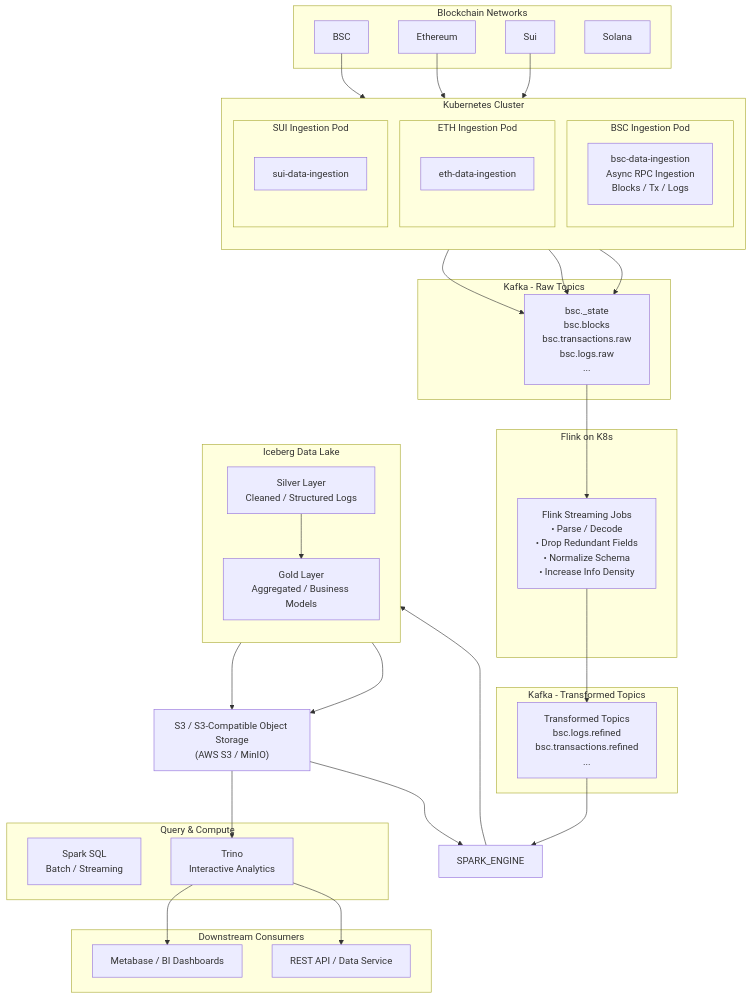
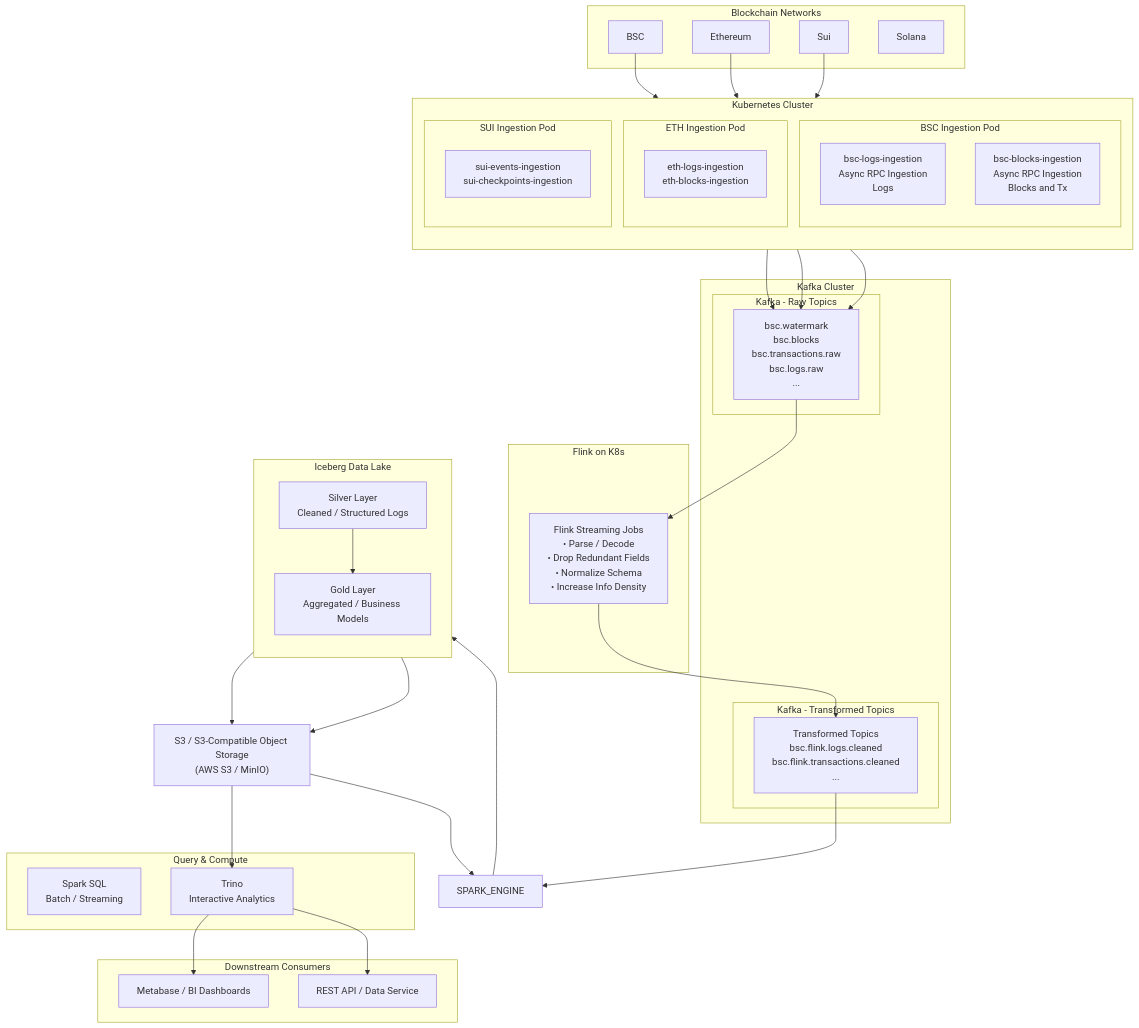
One commit to shannon1989/data-platform-k8s changed the diagram in docs/ingestion/overview.md. Above: the diagram before and after it, drawn with Mermaid. The commit also changed 6 other files, not shown here.

Commit message:
bug fix for blocks ingestion

```diff
--- a/docs/ingestion/overview.md
+++ b/docs/ingestion/overview.md
@@ -17,34 +17,34 @@
         direction TB
 
         subgraph BSC_INGEST["BSC Ingestion Pod"]
-            BSC_LOGS["bsc-data-ingestion<br/>Async RPC Ingestion<br/>Blocks / Tx / Logs"]
+            BSC_LOGS["bsc-logs-ingestion<br/>Async RPC Ingestion<br/>Logs"]
+            BSC_BLOCKS["bsc-blocks-ingestion<br/>Async RPC Ingestion<br/>Blocks and Tx"]
         end
 
         subgraph ETH_INGEST["ETH Ingestion Pod"]
-            ETH_LOGS["eth-data-ingestion"]
+            ETH_LOGS["eth-logs-ingestion<br/>eth-blocks-ingestion"]
         end
 
         subgraph SUI_INGEST["SUI Ingestion Pod"]
-            SUI_INGESTION["sui-data-ingestion"]
+            SUI_INGESTION["sui-events-ingestion<br/>sui-checkpoints-ingestion"]
         end
     end
 
     %% =====================
     %% Kafka Layer
     %% =====================
-    %% subgraph KAFKA["Kafka Cluster "]
-
+    subgraph KAFKA["Kafka Cluster "]
 
         subgraph KAFKA_RAW_TOPICS["Kafka - Raw Topics"]
-        RAW_TOPICS["bsc._state<br/>bsc.blocks<br/>bsc.transactions.raw<br/>bsc.logs.raw<br/>..."]
+        RAW_TOPICS["bsc.watermark<br/>bsc.blocks<br/>bsc.transactions.raw<br/>bsc.logs.raw<br/>..."]
         end
 
 
         subgraph KAFKA_TRANS_TOPICS["Kafka - Transformed Topics "]
 
-        TRANS_TOPICS["Transformed Topics<br/>bsc.logs.refined<br/>bsc.transactions.refined<br/>..."]
+        TRANS_TOPICS["Transformed Topics<br/>bsc.flink.logs.cleaned<br/>bsc.flink.transactions.cleaned<br/>..."]
         end
-    %% end
+    end
 
     %% =====================
     %% Flink Stream Processing
```
